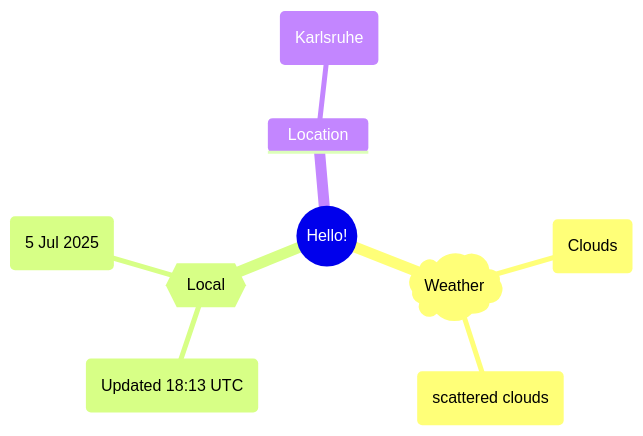
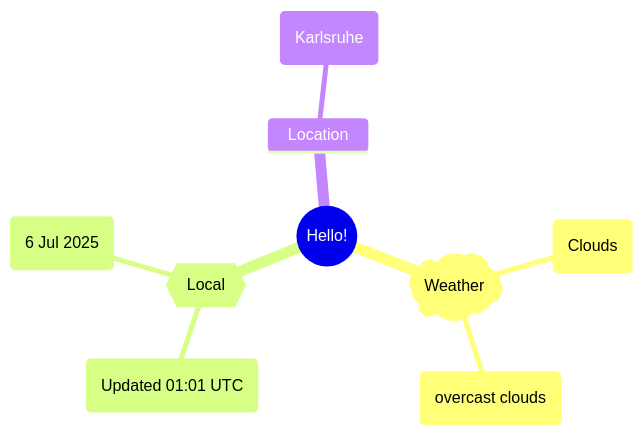
The first of 2 diagrams in README.md (Xosrov/Xosrov), drawn with Mermaid before and after one commit.

Commit message:
[bot] updated images

````diff
--- a/README.md
+++ b/README.md
@@ -3,12 +3,12 @@
 ```mermaid
 mindmap
   root((Hello!))
     )Weather(
         (Clouds)
-        (scattered clouds)
+        (overcast clouds)
     {{Local}}
-        (Updated 18:13 UTC)
-        (5 Jul 2025)
+        (Updated 01:01 UTC)
+        (6 Jul 2025)
     Location
         (Karlsruhe)
 ```
````
